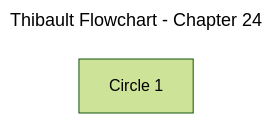
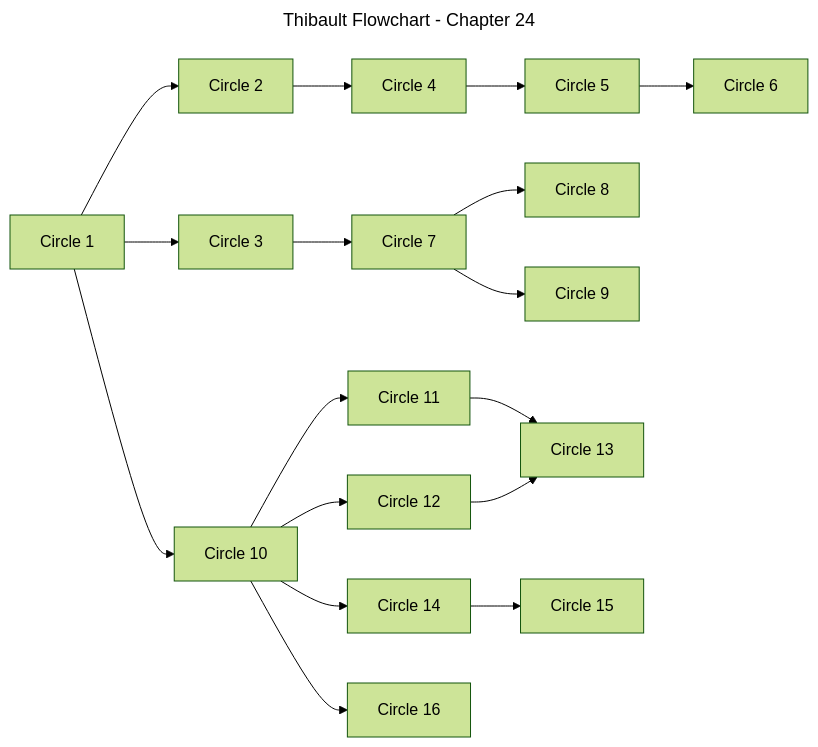
Before and after one commit to aquesnel/thibault-flowchart: the diagram in flowchart-per-chapter/chapter-24.mmd, drawn with Mermaid (forest theme).

Commit message:
feat(ch24): initial flowchart of the circles

```diff
--- a/flowchart-per-chapter/chapter-24.mmd
+++ b/flowchart-per-chapter/chapter-24.mmd
@@ -1,10 +1,43 @@
 ---
 title: Thibault Flowchart - Chapter 24
 config:
   layout: dagre
   flowchart:
     htmlLabels: false
 ---
 flowchart LR
 	%% Nodes
 	B1_T24_C01["Circle 1"]
+	B1_T24_C02["Circle 2"]
+	B1_T24_C03["Circle 3"]
+	B1_T24_C04["Circle 4"]
+	B1_T24_C05["Circle 5"]
+	B1_T24_C06["Circle 6"]
+	B1_T24_C07["Circle 7"]
+	B1_T24_C08["Circle 8"]
+	B1_T24_C09["Circle 9"]
+	B1_T24_C10["Circle 10"]
+	B1_T24_C11["Circle 11"]
+	B1_T24_C12["Circle 12"]
+	B1_T24_C13["Circle 13"]
+	B1_T24_C14["Circle 14"]
+	B1_T24_C15["Circle 15"]
+	B1_T24_C16["Circle 16"]
+
+	%% Edges
+	B1_T24_C01 --> B1_T24_C02
+	B1_T24_C01 --> B1_T24_C03
+	B1_T24_C02 --> B1_T24_C04
+	B1_T24_C04 --> B1_T24_C05
+	B1_T24_C05 --> B1_T24_C06
+	B1_T24_C03 --> B1_T24_C07
+	B1_T24_C07 --> B1_T24_C08
+	B1_T24_C07 --> B1_T24_C09
+	B1_T24_C01 --> B1_T24_C10
+	B1_T24_C10 --> B1_T24_C11
+	B1_T24_C10 --> B1_T24_C12
+	B1_T24_C11 --> B1_T24_C13
+	B1_T24_C12 --> B1_T24_C13
+	B1_T24_C10 --> B1_T24_C14
+	B1_T24_C14 --> B1_T24_C15
+	B1_T24_C10 --> B1_T24_C16
```
